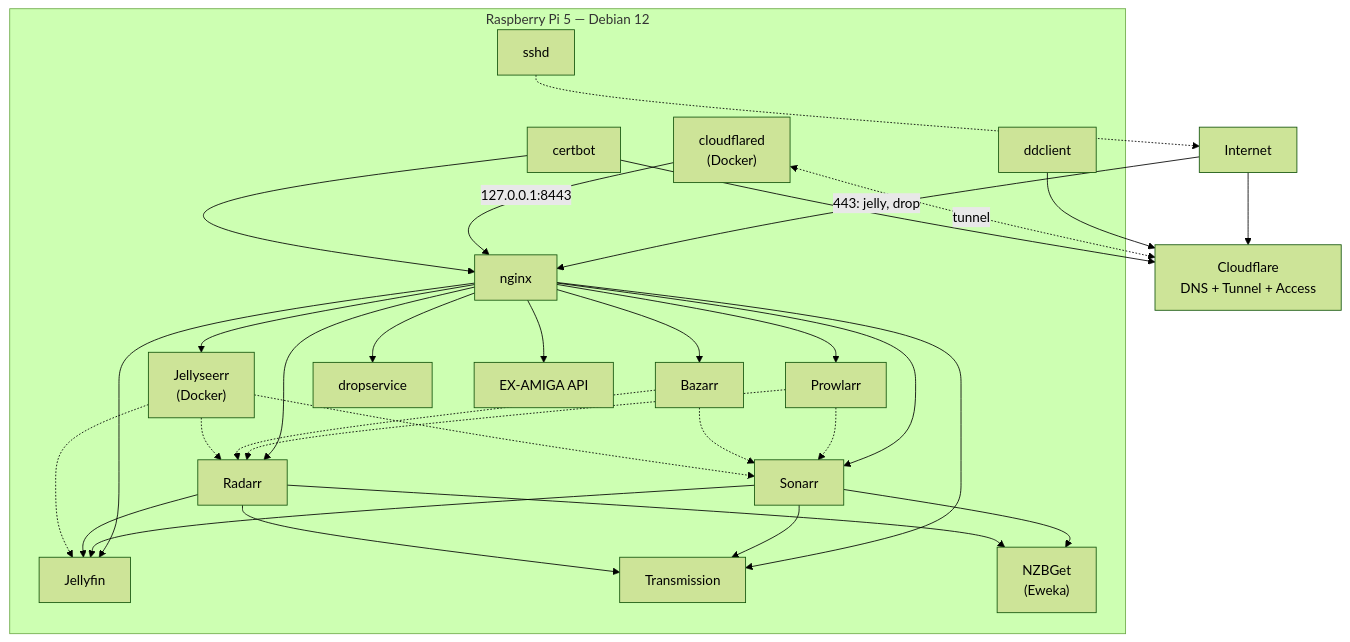
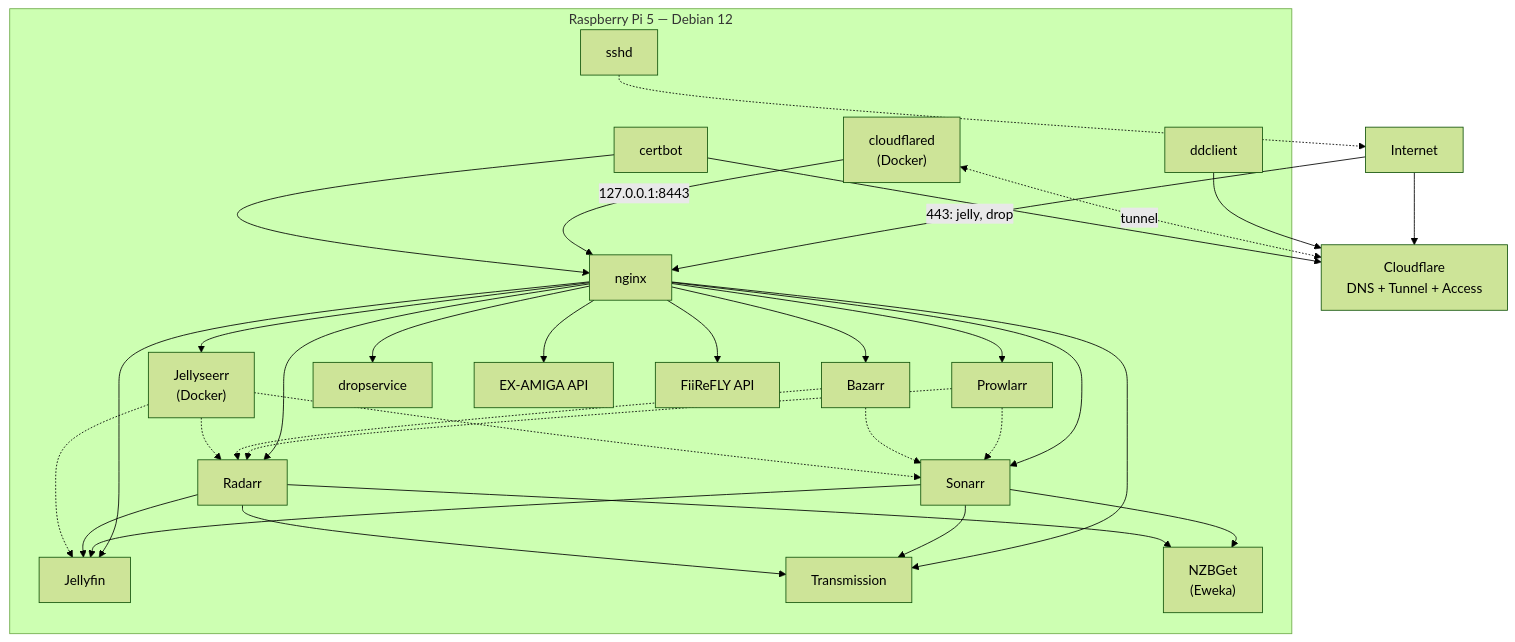
Before and after one commit to sillyash/homelab: the diagram in README.md, drawn with Mermaid (forest theme). The commit also changed other lines of this file and 10 other files, not shown here.

First line of the commit message:
feat(fiirefly): deploy the FiiReFLY API at fiirefly-api.sillyash.com

````diff
--- a/README.md
+++ b/README.md
@@ -11,56 +11,58 @@
 ```mermaid
 graph TB
     Internet[Internet]
     Cloudflare["Cloudflare<br>DNS + Tunnel + Access"]
 
     subgraph Pi["Raspberry Pi 5 — Debian 12"]
         ddclient["ddclient"]
         cloudflared["cloudflared<br>(Docker)"]
         certbot["certbot"]
         nginx["nginx"]
         jellyfin["Jellyfin"]
         transmission["Transmission"]
         nzbget["NZBGet<br>(Eweka)"]
         prowlarr["Prowlarr"]
         sonarr["Sonarr"]
         radarr["Radarr"]
         bazarr["Bazarr"]
         jellyseerr["Jellyseerr<br>(Docker)"]
         dropservice["dropservice"]
         examiga["EX-AMIGA API"]
+        fiirefly["FiiReFLY API"]
         sshd["sshd"]
     end
 
     Internet --> Cloudflare
     Internet -->|"443: jelly, drop"| nginx
     ddclient --> Cloudflare
     cloudflared <-.->|tunnel| Cloudflare
     cloudflared -->|"127.0.0.1:8443"| nginx
     certbot --> Cloudflare
     certbot --> nginx
 
     nginx --> jellyfin
     nginx --> transmission
     nginx --> prowlarr
     nginx --> sonarr
     nginx --> radarr
     nginx --> bazarr
     nginx --> jellyseerr
     nginx --> dropservice
     nginx --> examiga
+    nginx --> fiirefly
     sshd -.-> Internet
 
     prowlarr -.-> sonarr
     prowlarr -.-> radarr
     sonarr --> transmission
     sonarr --> nzbget
     radarr --> transmission
     radarr --> nzbget
     bazarr -.-> sonarr
     bazarr -.-> radarr
     sonarr --> jellyfin
     radarr --> jellyfin
     jellyseerr -.-> jellyfin
     jellyseerr -.-> sonarr
     jellyseerr -.-> radarr
 ```
````
